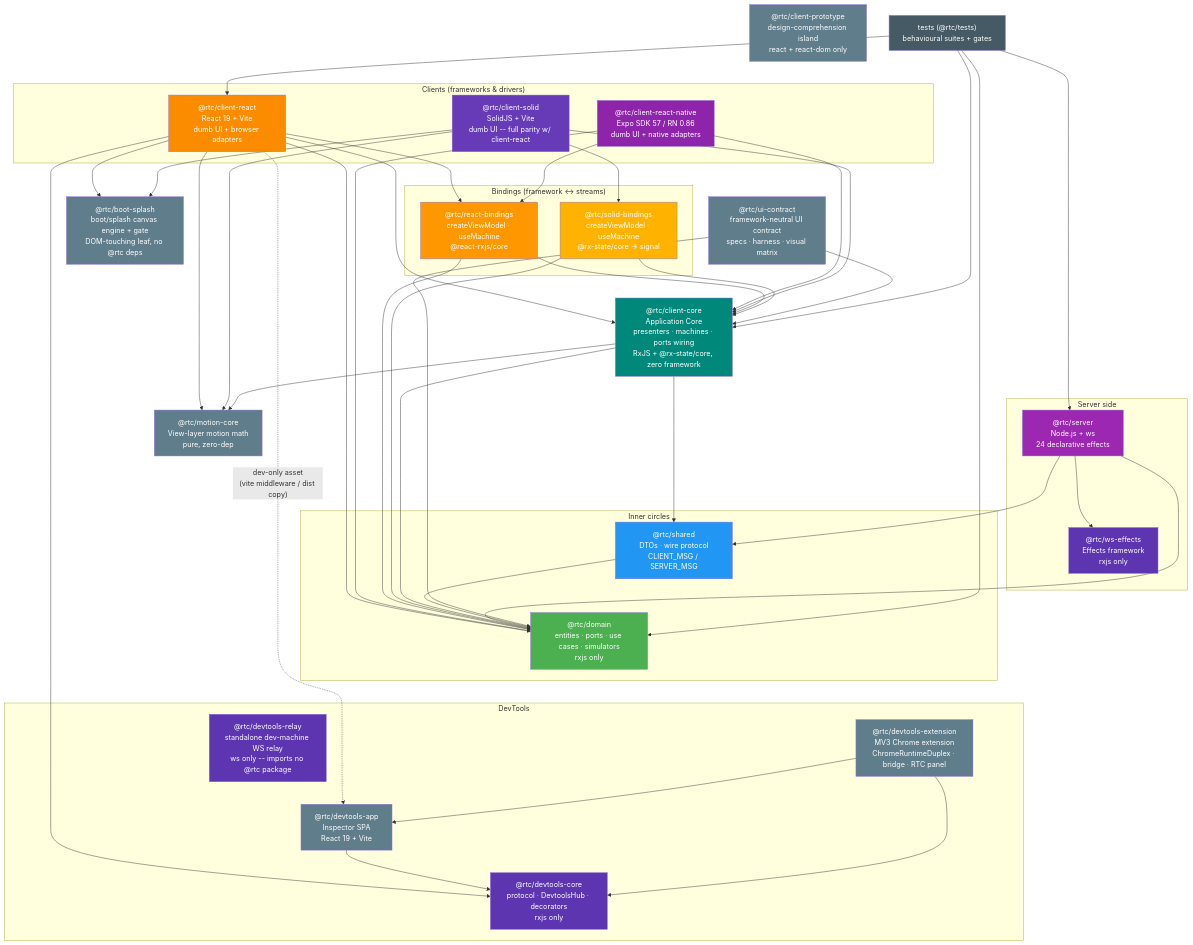
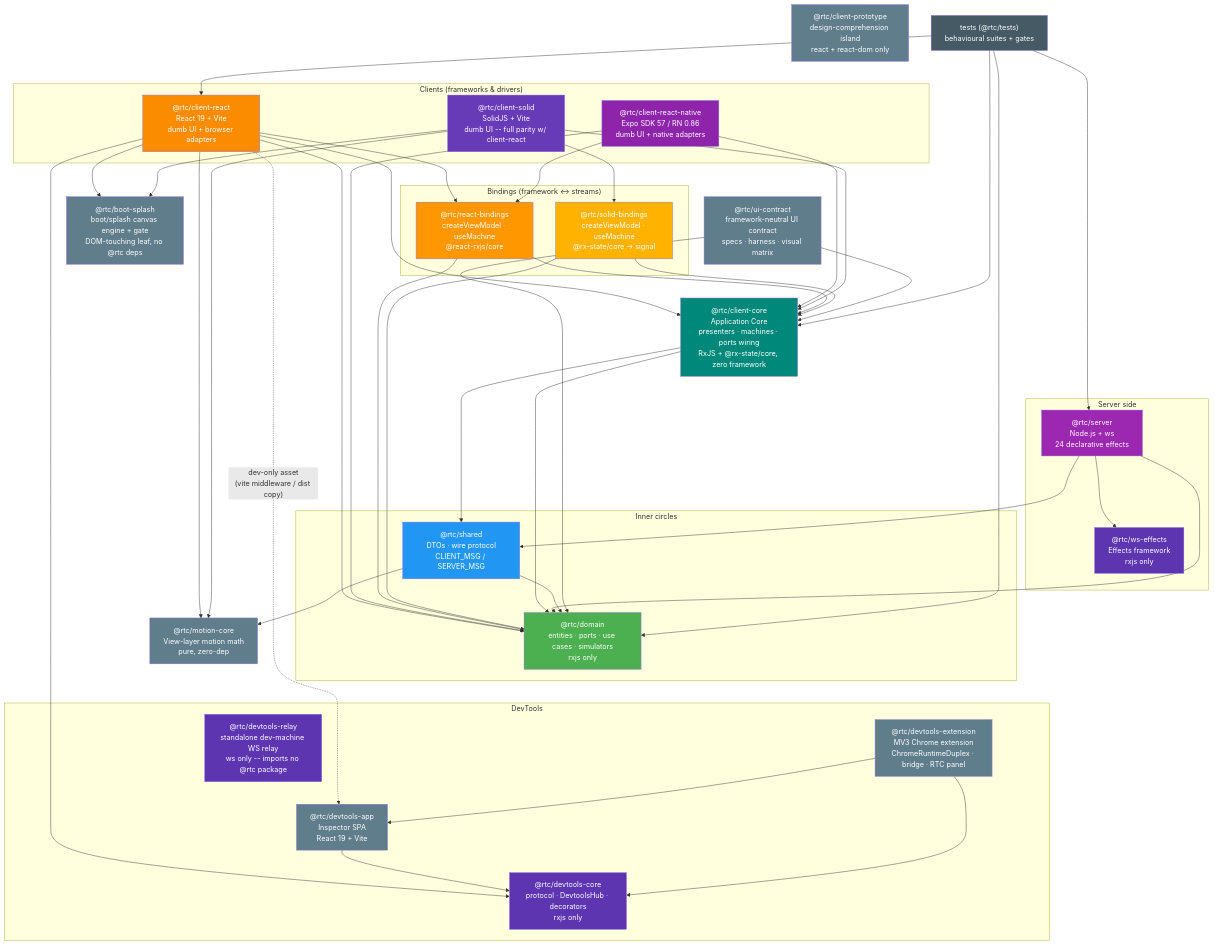
The diagram in docs/architecture/06-package-dependencies.md (bettersoftware-io/ReactiveTraderCloudClone), drawn with Mermaid before and after one commit. The commit also changed other lines of this file and 14 other files, not shown here.

```diff
--- a/docs/architecture/06-package-dependencies.md
+++ b/docs/architecture/06-package-dependencies.md
@@ -65,11 +65,11 @@
     sb --> domain
     core --> domain
     core --> shared
-    core --> motion
     server --> domain
     server --> shared
     server --> wse
     shared --> domain
+    shared --> motion
     uic --> core
     uic --> domain
     tests --> webc
```
